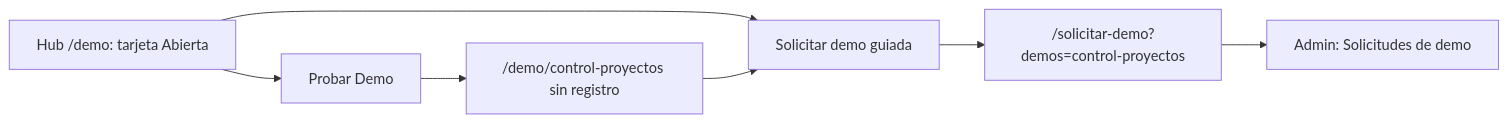
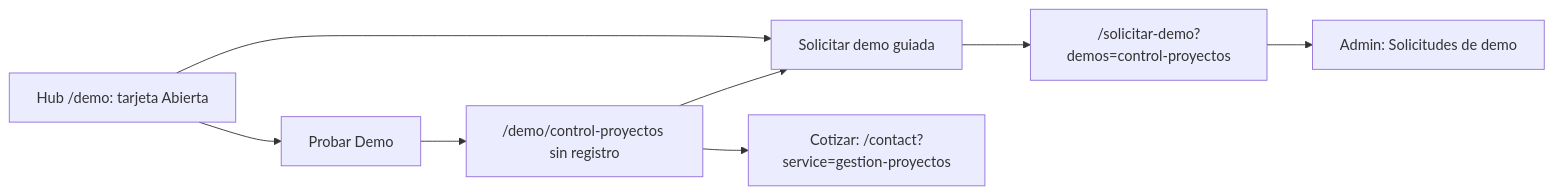
One commit to ronalc90/koptup changed the second of 2 diagrams in docs/wiki/Guia-Demo-control-proyectos.md. Above: the diagram before and after it, drawn with Mermaid. The commit also changed other lines of this file and 40 other files, not shown here.

````diff
--- a/docs/wiki/Guia-Demo-control-proyectos.md
+++ b/docs/wiki/Guia-Demo-control-proyectos.md
@@ -276,9 +290,10 @@
 ```mermaid
 flowchart LR
     H["Hub /demo: tarjeta Abierta"] --> P["Probar Demo"]
     P --> D["/demo/control-proyectos sin registro"]
     H --> G["Solicitar demo guiada"]
     D --> G
+    D --> Q["Cotizar: /contact?service=gestion-proyectos"]
     G --> F["/solicitar-demo?demos=control-proyectos"]
     F --> AD["Admin: Solicitudes de demo"]
 ```
````
